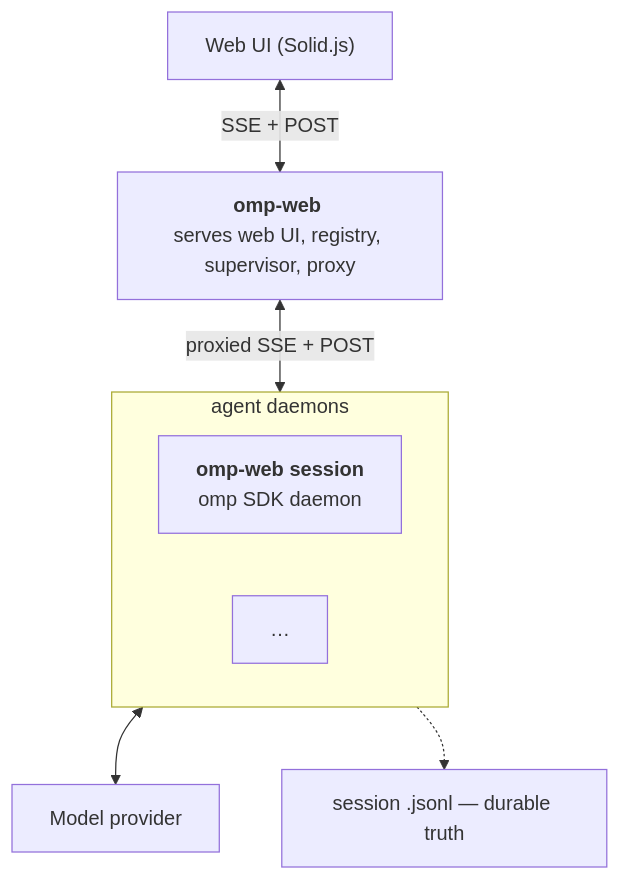
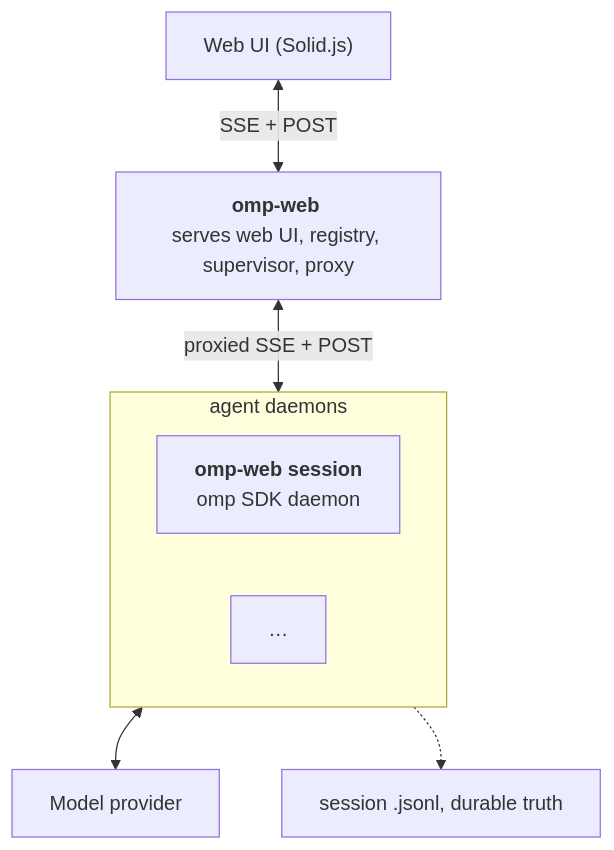
Before and after one commit to nibblebot/omp-web: the diagram in README.md, drawn with Mermaid. The commit also changed other lines of this file and 9 other files, not shown here.

````diff
--- a/README.md
+++ b/README.md
@@ -30,17 +30,17 @@
 ```mermaid
 flowchart TB
   browser["Web UI (Solid.js)"]
   fleet["<b>omp-web</b> <br/>serves web UI, registry, supervisor, proxy"]
   model["Model provider"]
-  log["session .jsonl — durable truth"]
+  log["session .jsonl, durable truth"]
 
   subgraph daemons["agent daemons"]
     daemon1["<b>omp-web session</b> <br/>omp SDK daemon"]
     dots["…"]
   end
 
   browser <-->|"SSE + POST"| fleet
   fleet <-->|"proxied SSE + POST"| daemons
   daemons <--> model
   daemons -.-> log
 ```
````
